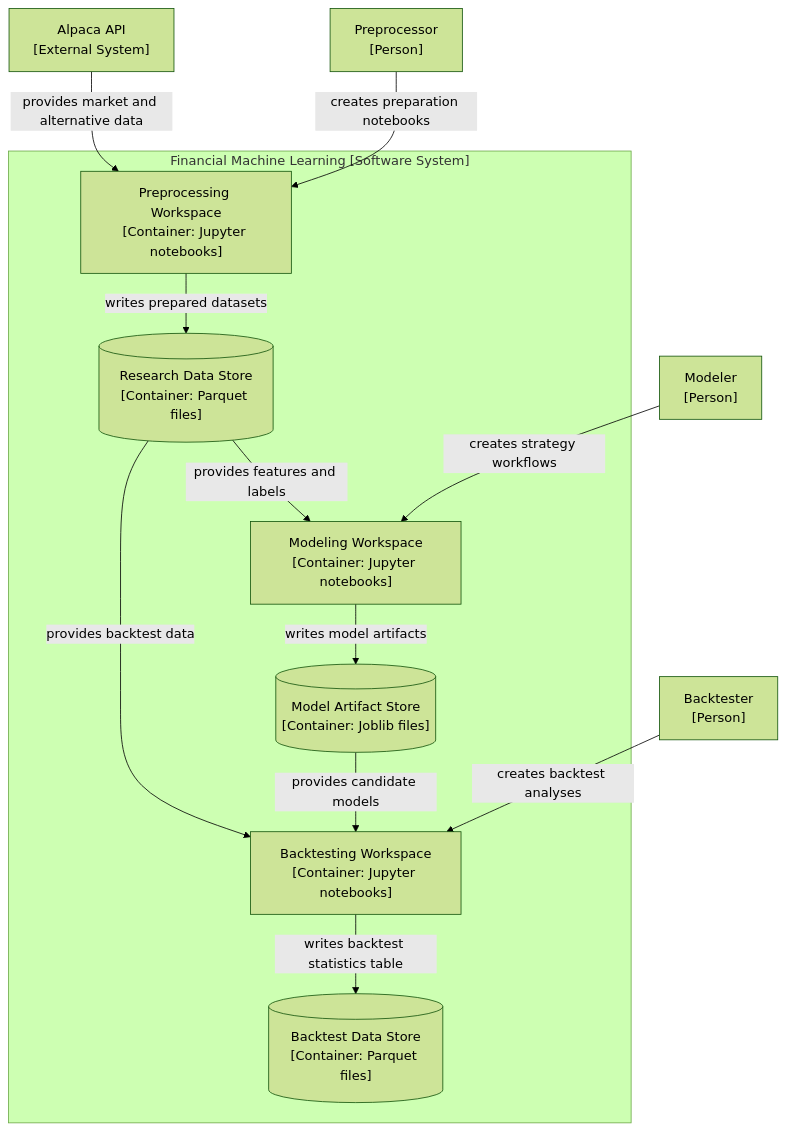
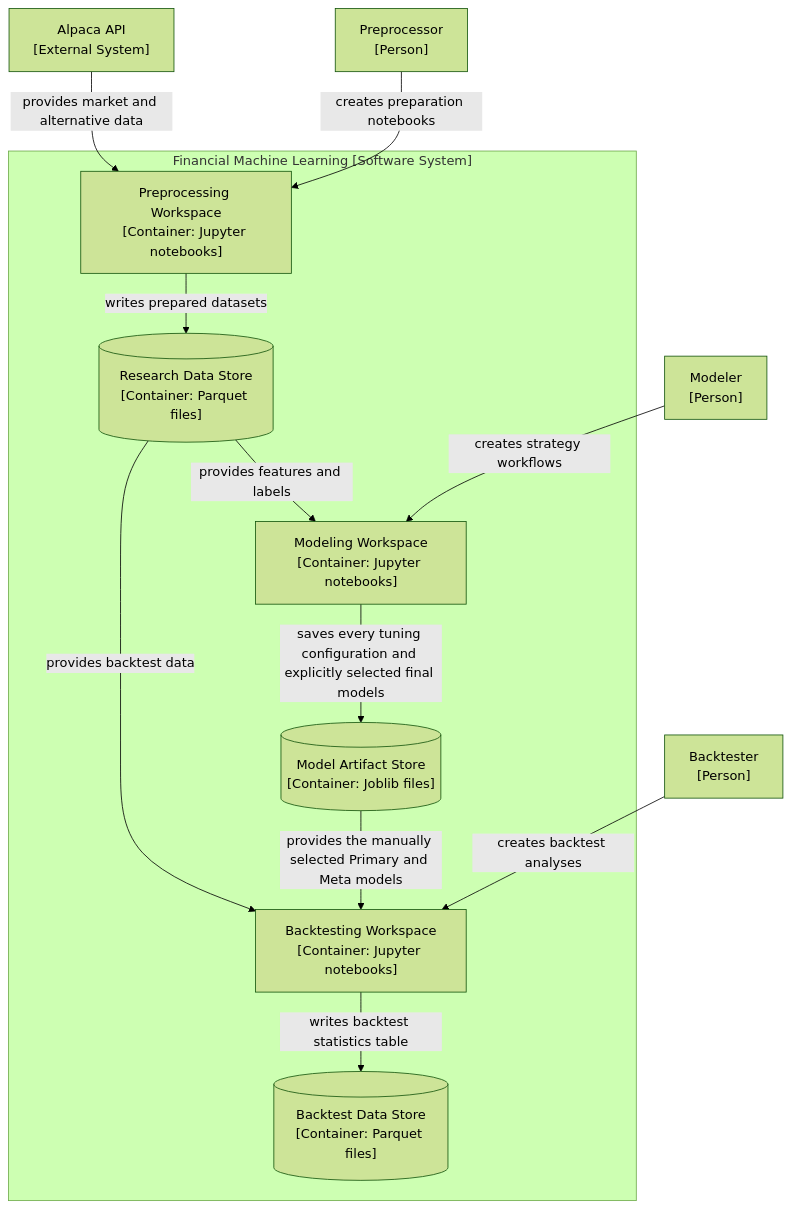
Before and after one commit to kwonjunhyuk9/financial-machine-learning: the second of 3 diagrams in docs/architecture.md, drawn with Mermaid (forest theme). The commit also changed 17 other files, not shown here.

````diff
--- a/docs/architecture.md
+++ b/docs/architecture.md
@@ -37,27 +37,27 @@
 ```mermaid
 flowchart TD
     dp_user["Preprocessor<br/>[Person]"]
     sm_user["Modeler<br/>[Person]"]
     mb_user["Backtester<br/>[Person]"]
     alpaca["Alpaca API<br/>[External System]"]
 
     subgraph system["Financial Machine Learning [Software System]"]
         preprocessing_workspace["Preprocessing Workspace<br/>[Container: Jupyter notebooks]"]
         data_store[("Research Data Store<br/>[Container: Parquet files]")]
         modeling_workspace["Modeling Workspace<br/>[Container: Jupyter notebooks]"]
         model_store[("Model Artifact Store<br/>[Container: Joblib files]")]
         backtesting_workspace["Backtesting Workspace<br/>[Container: Jupyter notebooks]"]
         result_store[("Backtest Data Store<br/>[Container: Parquet files]")]
     end
 
     dp_user -->|" creates preparation notebooks "| preprocessing_workspace
     sm_user -->|" creates strategy workflows "| modeling_workspace
     mb_user -->|" creates backtest analyses "| backtesting_workspace
     alpaca -->|" provides market and alternative data "| preprocessing_workspace
     preprocessing_workspace -->|" writes prepared datasets "| data_store
     data_store -->|" provides features and labels "| modeling_workspace
-    modeling_workspace -->|" writes model artifacts "| model_store
+    modeling_workspace -->|" saves every tuning configuration and explicitly selected final models "| model_store
     data_store -->|" provides backtest data "| backtesting_workspace
-    model_store -->|" provides candidate models "| backtesting_workspace
+    model_store -->|" provides the manually selected Primary and Meta models "| backtesting_workspace
     backtesting_workspace -->|" writes backtest statistics table "| result_store
 ```
````
